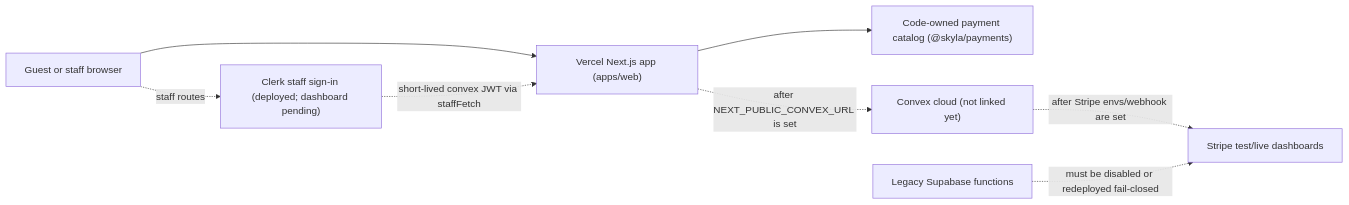
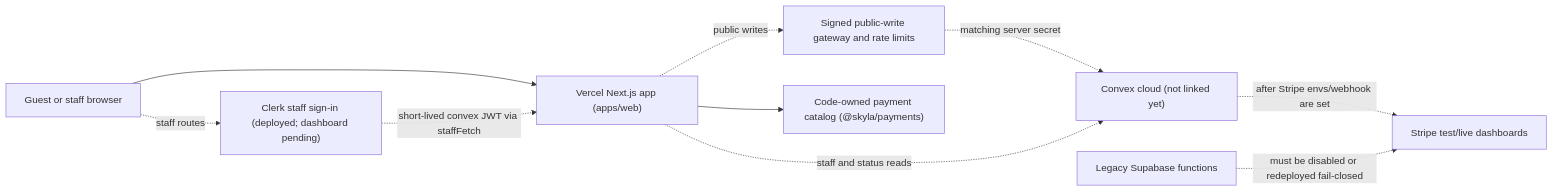
One commit to junyengit/skyla changed the second of 2 diagrams in docs/current-state-simple.md. Above: the diagram before and after it, drawn with Mermaid. The commit also changed other lines of this file and 121 other files, not shown here.

````diff
--- a/docs/current-state-simple.md
+++ b/docs/current-state-simple.md
@@ -67,18 +133,21 @@
 ```mermaid
 flowchart LR
   browser["Guest or staff browser"]
   clerk["Clerk staff sign-in (deployed; dashboard pending)"]
   next["Vercel Next.js app (apps/web)"]
+  gateway["Signed public-write gateway and rate limits"]
   catalog["Code-owned payment catalog (@skyla/payments)"]
   convex["Convex cloud (not linked yet)"]
   stripe["Stripe test/live dashboards"]
   supabase["Legacy Supabase functions"]
 
   browser --> next
   browser -. "staff routes" .-> clerk
   clerk -. "short-lived convex JWT via staffFetch" .-> next
   next --> catalog
-  next -. "after NEXT_PUBLIC_CONVEX_URL is set" .-> convex
+  next -. "public writes" .-> gateway
+  gateway -. "matching server secret" .-> convex
+  next -. "staff and status reads" .-> convex
   convex -. "after Stripe envs/webhook are set" .-> stripe
   supabase -. "must be disabled or redeployed fail-closed" .-> stripe
 ```
````
